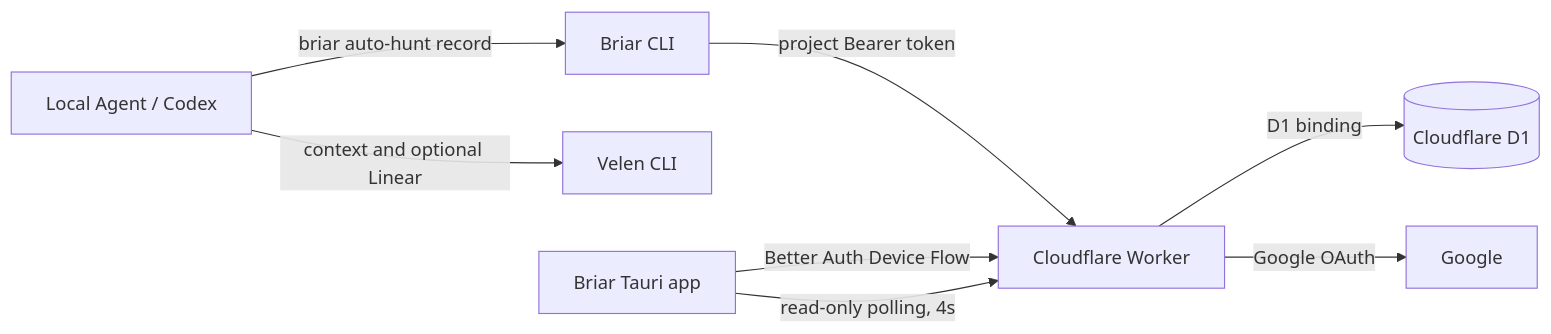
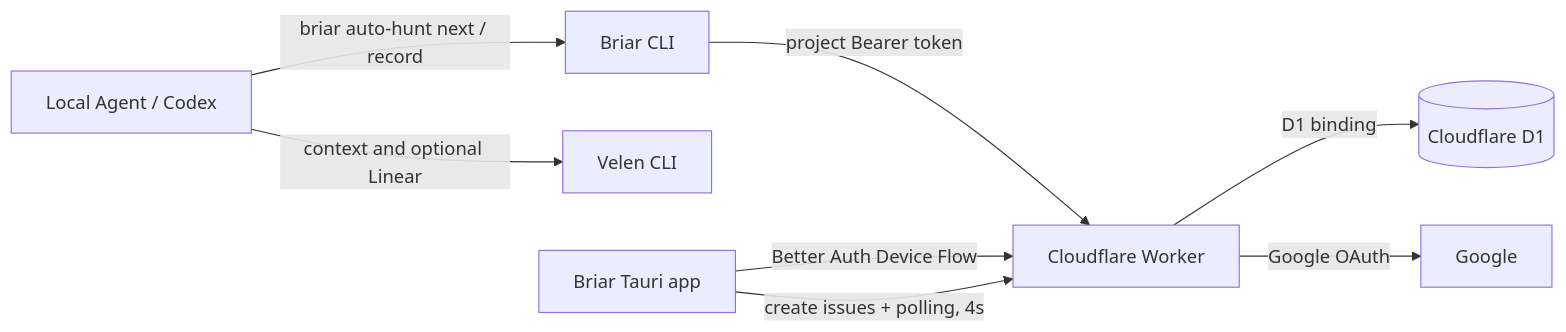
One commit to wordbricks/briar changed the diagram in README.md. Above: the diagram before and after it, drawn with Mermaid. The commit also changed other lines of this file and 14 other files, not shown here.

Commit message:
feat: create and consume auto hunt issues

````diff
--- a/README.md
+++ b/README.md
@@ -29,10 +29,10 @@
 ```mermaid
 flowchart LR
-  A["Local Agent / Codex"] -->|"briar auto-hunt record"| C["Briar CLI"]
+  A["Local Agent / Codex"] -->|"briar auto-hunt next / record"| C["Briar CLI"]
   A -->|"context and optional Linear"| V["Velen CLI"]
   C -->|"project Bearer token"| W["Cloudflare Worker"]
   D["Briar Tauri app"] -->|"Better Auth Device Flow"| W
-  D -->|"read-only polling, 4s"| W
+  D -->|"create issues + polling, 4s"| W
   W -->|"D1 binding"| DB[("Cloudflare D1")]
   W -->|"Google OAuth"| G["Google"]
 ```
````
